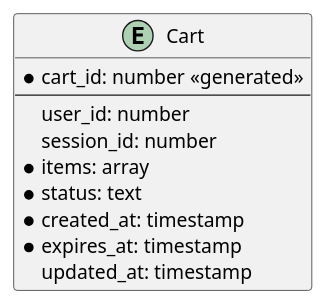
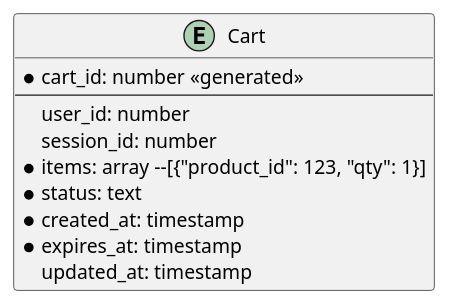
Before and after one commit to mikenina/architecture-pro-black_friday: the fifth of 5 diagrams in Task7-10/7_ADR.md, drawn with PlantUML. The commit also changed other lines of this file and 3 other files, not shown here.

````diff
--- a/Task7-10/7_ADR.md
+++ b/Task7-10/7_ADR.md
@@ -146,13 +147,13 @@
 ```puml
 entity Cart {
     * cart_id: number <<generated>>
     --
     user_id: number
     session_id: number
-    * items: array
+    * items: array --[{"product_id": 123, "qty": 1}]
     * status: text
     * created_at: timestamp
     * expires_at: timestamp
     updated_at: timestamp
 }
 ```
````
